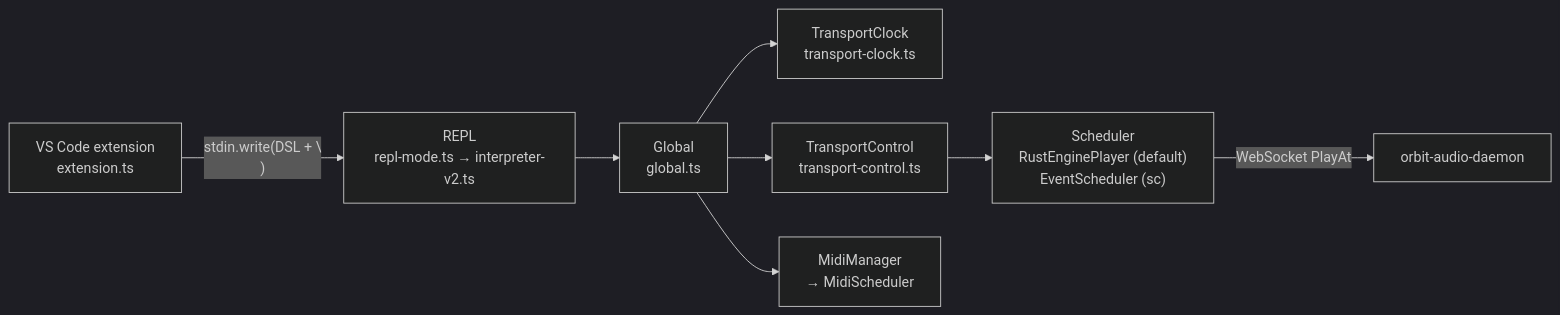
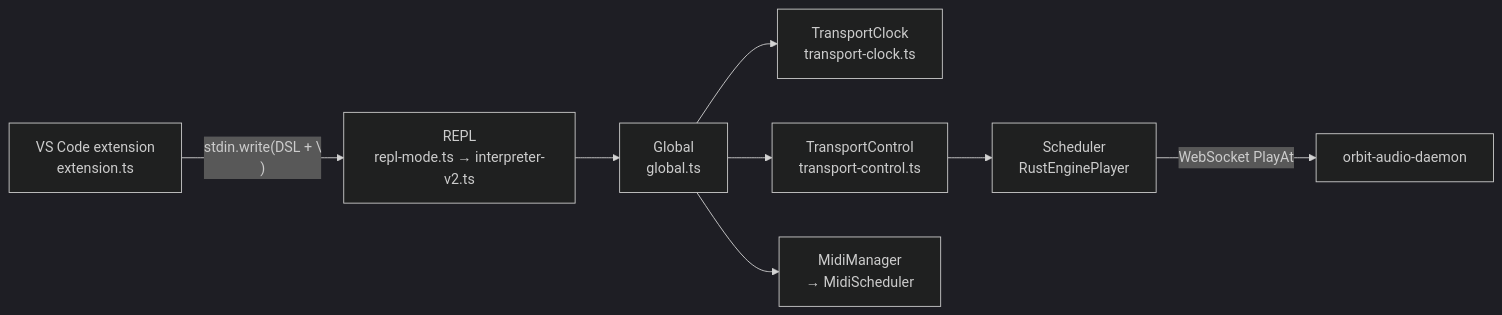
Before and after one commit to signalcompose/orbitscore: the first of 4 diagrams in sites/dev/en/scheduling/transport.md, drawn with Mermaid (dark theme). The commit also changed other lines of this file and 23 other files, not shown here.

````diff
--- a/sites/dev/en/scheduling/transport.md
+++ b/sites/dev/en/scheduling/transport.md
@@ -39,10 +39,10 @@
 ```mermaid
 flowchart LR
   EXT["VS Code extension\nextension.ts"] -->|"stdin.write(DSL + \\n)"| REPL["REPL\nrepl-mode.ts → interpreter-v2.ts"]
   REPL --> GLOBAL["Global\nglobal.ts"]
   GLOBAL --> CLK["TransportClock\ntransport-clock.ts"]
   GLOBAL --> TC["TransportControl\ntransport-control.ts"]
   GLOBAL --> MIDI["MidiManager\n→ MidiScheduler"]
-  TC --> SCHED["Scheduler\nRustEnginePlayer (default)\nEventScheduler (sc)"]
+  TC --> SCHED["Scheduler\nRustEnginePlayer"]
   SCHED -->|"WebSocket PlayAt"| D["orbit-audio-daemon"]
 ```
````
